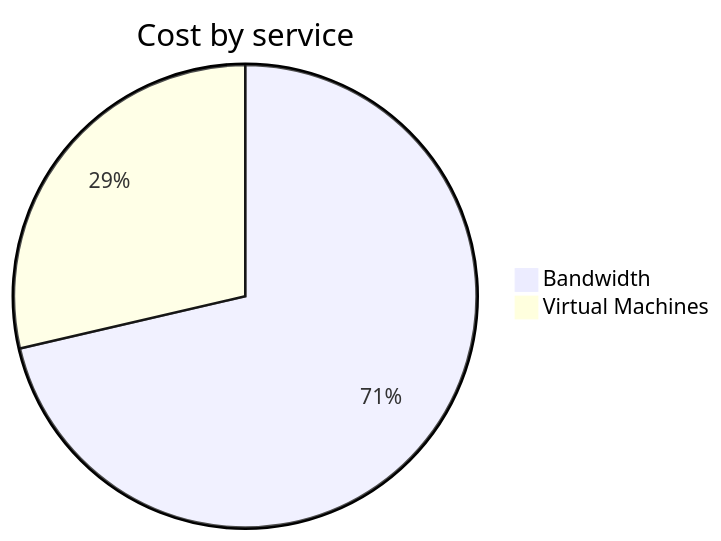
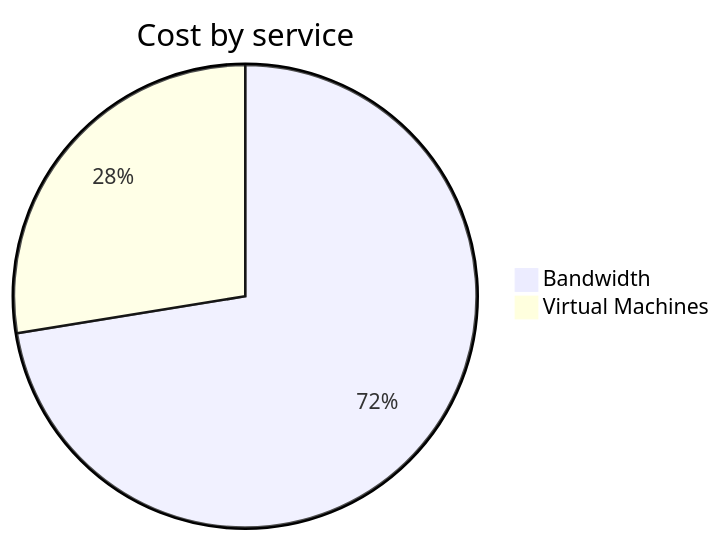
The second of 4 diagrams in cost-reports/personal-network/vpn-server.md (jpfulton/azure-personal-reports), drawn with Mermaid before and after one commit. The commit also changed other lines of this file and 8 other files, not shown here.

````diff
--- a/cost-reports/personal-network/vpn-server.md
+++ b/cost-reports/personal-network/vpn-server.md
@@ -92,6 +92,6 @@
 ```mermaid
 pie
    title Cost by service
-   "Bandwidth" : 8.85
-   "Virtual Machines" : 3.55
+   "Bandwidth" : 9.49
+   "Virtual Machines" : 3.61
 ```
````
